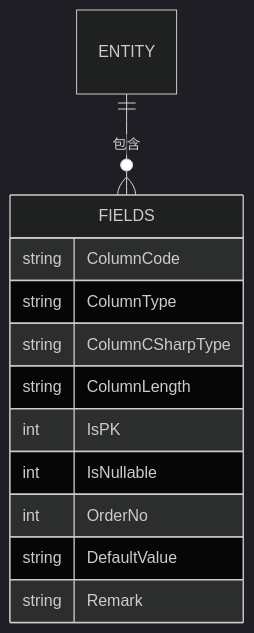
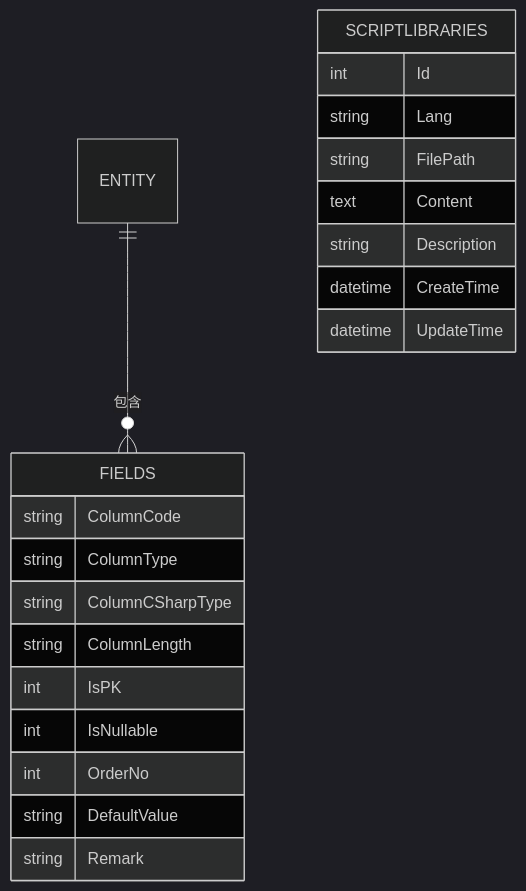
One commit to Sosososolong/AirGo changed the ninth of 9 diagrams in .qoder/repowiki/zh/content/数据模型设计/数据库表结构.md. Above: the diagram before and after it, drawn with Mermaid (dark theme). The commit also changed other lines of this file and 5 other files, not shown here.

````diff
--- a/.qoder/repowiki/zh/content/数据模型设计/数据库表结构.md
+++ b/.qoder/repowiki/zh/content/数据模型设计/数据库表结构.md
@@ -388,15 +542,24 @@
 ```mermaid
 erDiagram
 ENTITY ||--o{ FIELDS : "包含"
 FIELDS {
 string ColumnCode
 string ColumnType
 string ColumnCSharpType
 string ColumnLength
 int IsPK
 int IsNullable
 int OrderNo
 string DefaultValue
 string Remark
 }
+SCRIPTLIBRARIES {
+int Id
+string Lang
+string FilePath
+text Content
+string Description
+datetime CreateTime
+datetime UpdateTime
+}
 ```
````
